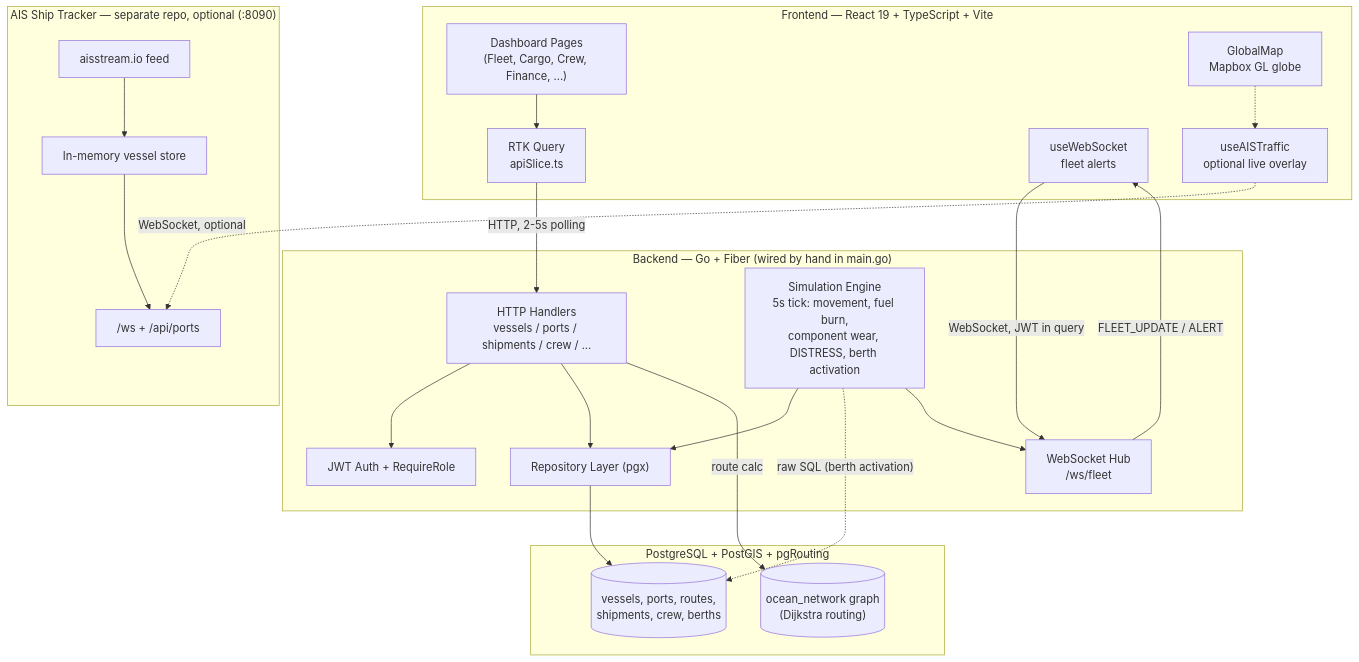
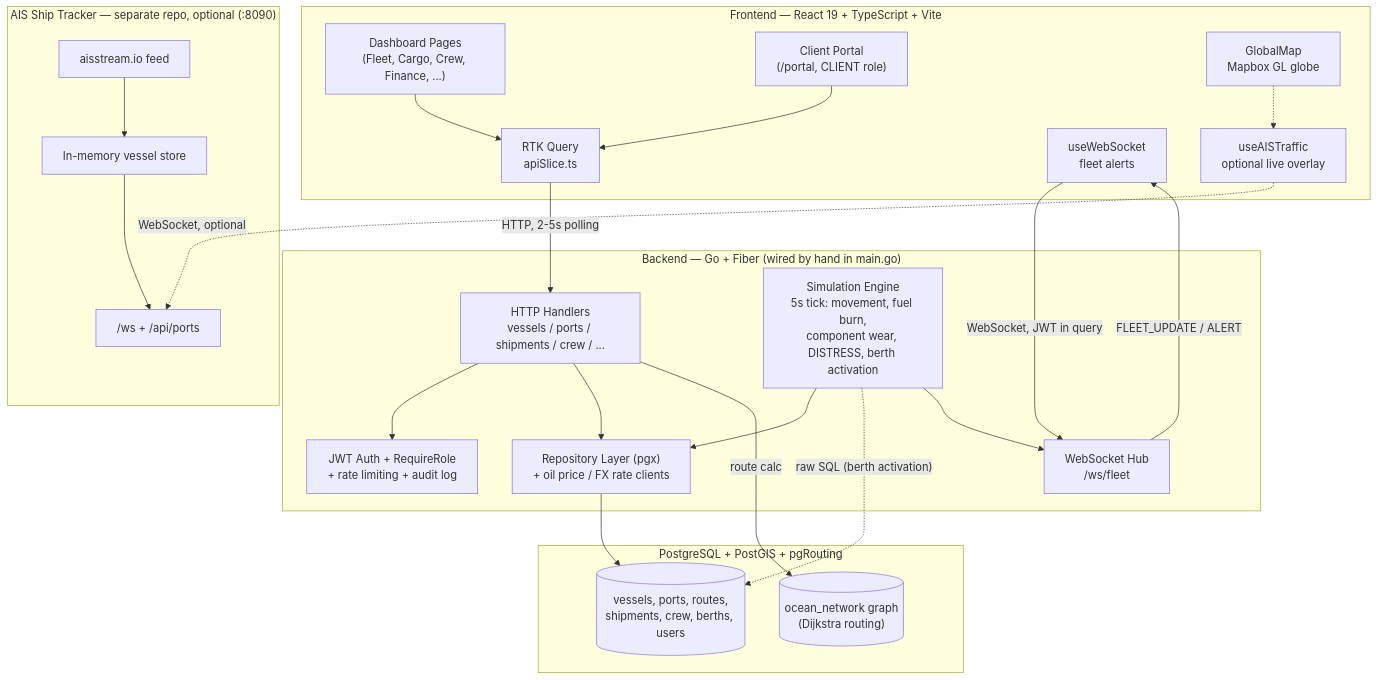
One commit to Oblutack/NeptuneShipments changed the diagram in README.md. Above: the diagram before and after it, drawn with Mermaid. The commit also changed other lines of this file and 1 other file, not shown here.

````diff
--- a/README.md
+++ b/README.md
@@ -76,47 +73,49 @@
 ```mermaid
 flowchart TB
     subgraph Client["Frontend — React 19 + TypeScript + Vite"]
         Pages["Dashboard Pages\n(Fleet, Cargo, Crew, Finance, ...)"]
+        Portal["Client Portal\n(/portal, CLIENT role)"]
         RTK["RTK Query\napiSlice.ts"]
         GlobalMap["GlobalMap\nMapbox GL globe"]
         WSHook["useWebSocket\nfleet alerts"]
         AISHook["useAISTraffic\noptional live overlay"]
     end
 
     subgraph Server["Backend — Go + Fiber (wired by hand in main.go)"]
         Handlers["HTTP Handlers\nvessels / ports / shipments / crew / ..."]
-        AuthMW["JWT Auth + RequireRole"]
-        Repos["Repository Layer (pgx)"]
+        AuthMW["JWT Auth + RequireRole\n+ rate limiting + audit log"]
+        Repos["Repository Layer (pgx)\n+ oil price / FX rate clients"]
         SimEngine["Simulation Engine\n5s tick: movement, fuel burn,\ncomponent wear, DISTRESS, berth activation"]
         Hub["WebSocket Hub\n/ws/fleet"]
     end
 
     subgraph Postgres["PostgreSQL + PostGIS + pgRouting"]
-        Core[("vessels, ports, routes,\nshipments, crew, berths")]
+        Core[("vessels, ports, routes,\nshipments, crew, berths, users")]
         OceanGraph[("ocean_network graph\n(Dijkstra routing)")]
     end
 
     subgraph Tracker["AIS Ship Tracker — separate repo, optional (:8090)"]
         AISFeed["aisstream.io feed"]
         AISStore["In-memory vessel store"]
         AISWs["/ws + /api/ports"]
     end
 
     Pages --> RTK
+    Portal --> RTK
     RTK -- "HTTP, 2-5s polling" --> Handlers
     WSHook -- "WebSocket, JWT in query" --> Hub
     GlobalMap -.-> AISHook
     AISHook -. "WebSocket, optional" .-> AISWs
 
     Handlers --> AuthMW
     Handlers --> Repos
     Handlers -- "route calc" --> OceanGraph
     Repos --> Core
     SimEngine --> Repos
     SimEngine -. "raw SQL (berth activation)" .-> Core
     SimEngine --> Hub
     Hub -- "FLEET_UPDATE / ALERT" --> WSHook
 
     AISFeed --> AISStore
     AISStore --> AISWs
 ```
````
